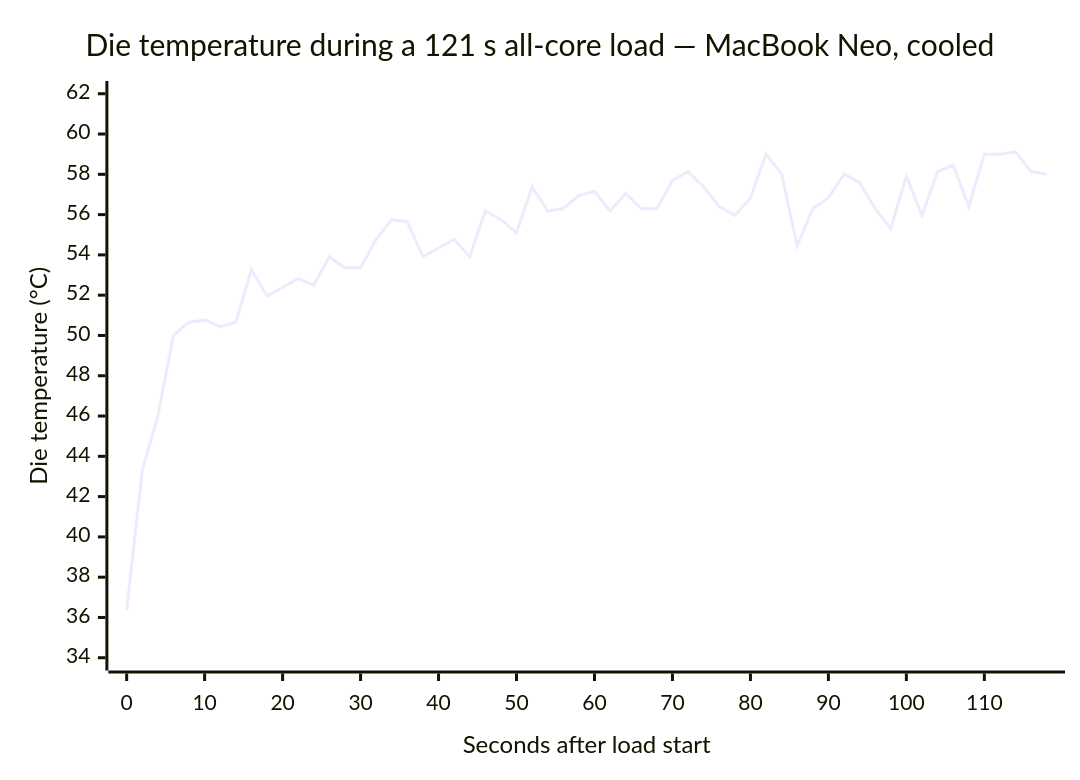
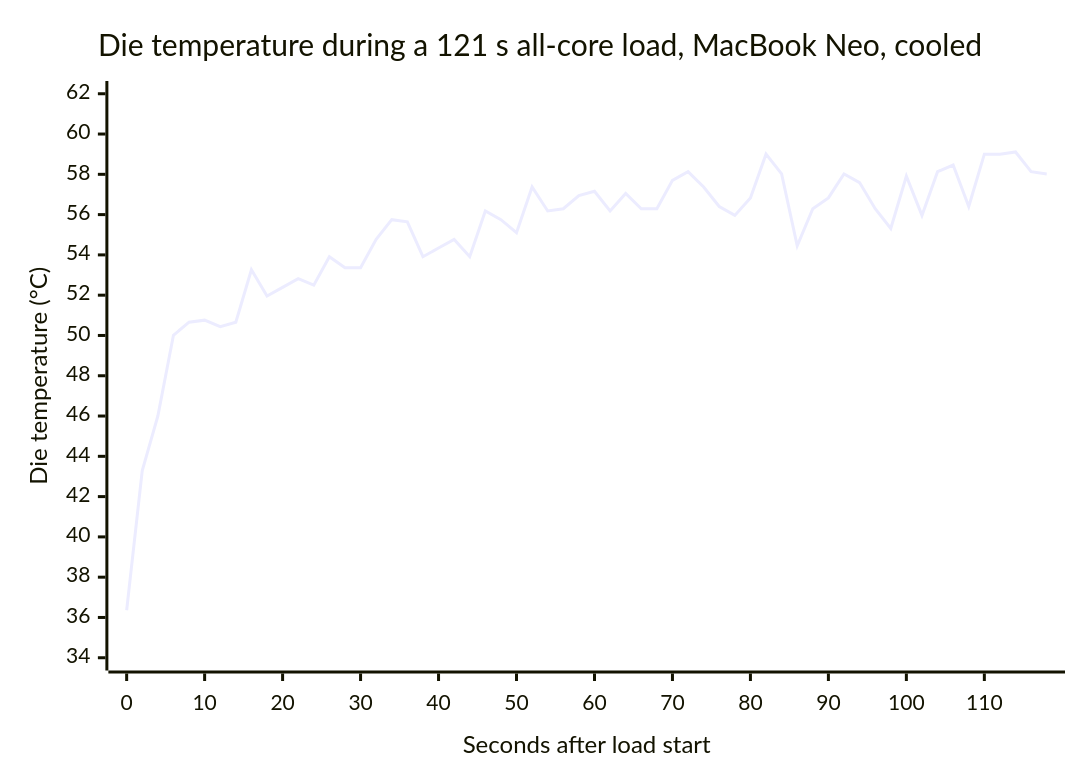
One commit to Liquid4All/pipette-clients changed the first of 2 diagrams in docs/methodology/macbook-neo-thermal-behavior.md. Above: the diagram before and after it, drawn with Mermaid. The commit also changed other lines of this file and 1969 other files, not shown here.

````diff
--- a/docs/methodology/macbook-neo-thermal-behavior.md
+++ b/docs/methodology/macbook-neo-thermal-behavior.md
@@ -176,7 +173,7 @@
 ```mermaid
 xychart-beta
-    title "Die temperature during a 121 s all-core load — MacBook Neo, cooled"
+    title "Die temperature during a 121 s all-core load, MacBook Neo, cooled"
     x-axis "Seconds after load start" 0 --> 118
     y-axis "Die temperature (°C)" 34 --> 62
     line [36.36, 43.29, 46.00, 50.01, 50.66, 50.76, 50.44, 50.66, 53.26, 51.96, 52.39, 52.82, 52.50, 53.91, 53.36, 53.36, 54.77, 55.75, 55.64, 53.91, 54.34, 54.77, 53.91, 56.18, 55.75, 55.10, 57.37, 56.18, 56.29, 56.94, 57.16, 56.18, 57.05, 56.29, 56.29, 57.70, 58.13, 57.37, 56.40, 55.96, 56.83, 59.00, 58.02, 54.45, 56.29, 56.83, 58.02, 57.59, 56.29, 55.31, 57.91, 55.96, 58.13, 58.46, 56.40, 59.00, 59.00, 59.11, 58.13, 58.02]
 ```
````
